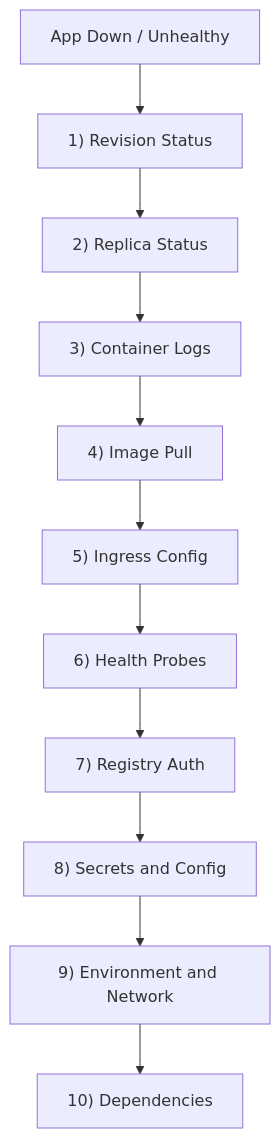
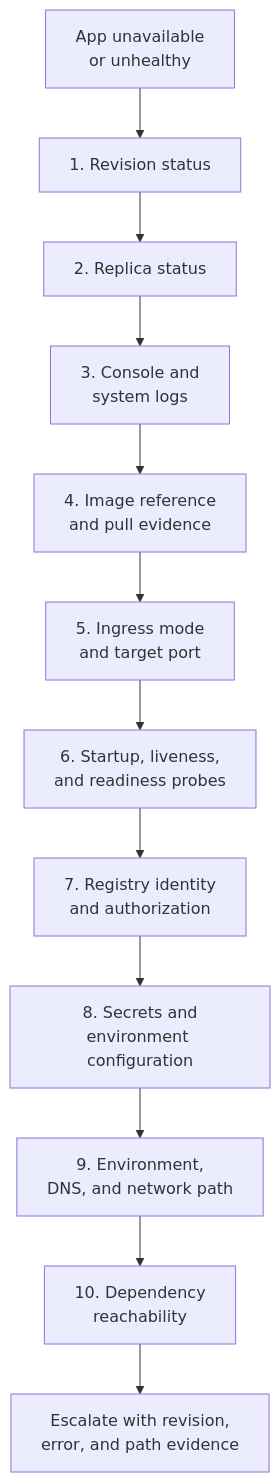
Before and after one commit to yeongseon/azure-container-apps-practical-guide: the diagram in docs/troubleshooting/first-10-minutes/index.md, drawn with Mermaid. The commit also changed other lines of this file and 25 other files, not shown here.

Commit message:
docs(diagrams): migrate first ten minutes and KQL diagrams (#623)

````diff
--- a/docs/troubleshooting/first-10-minutes/index.md
+++ b/docs/troubleshooting/first-10-minutes/index.md
@@ -15,13 +16,30 @@
 ```mermaid
 flowchart TD
-    START["App Down / Unhealthy"] --> R["1) Revision Status"]
-    R --> REP["2) Replica Status"]
-    REP --> LOG["3) Container Logs"]
-    LOG --> IMG["4) Image Pull"]
-    IMG --> ING["5) Ingress Config"]
-    ING --> PROBE["6) Health Probes"]
-    PROBE --> REGAUTH["7) Registry Auth"]
-    REGAUTH --> SEC["8) Secrets and Config"]
-    SEC --> NET["9) Environment and Network"]
-    NET --> DEP["10) Dependencies"]
+    accTitle: First ten minutes of Container Apps triage
+    accDescr: Start with platform state, then inspect runtime evidence, configuration, identity, networking, and dependencies in order. Stop at the first confirmed failure.
+
+    START["App unavailable<br/>or unhealthy"]
+    R["1. Revision status"]
+    REP["2. Replica status"]
+    LOG["3. Console and<br/>system logs"]
+    IMG["4. Image reference<br/>and pull evidence"]
+    ING["5. Ingress mode<br/>and target port"]
+    PROBE["6. Startup, liveness,<br/>and readiness probes"]
+    REGAUTH["7. Registry identity<br/>and authorization"]
+    SEC["8. Secrets and<br/>environment configuration"]
+    NET["9. Environment,<br/>DNS, and network path"]
+    DEP["10. Dependency<br/>reachability"]
+    ESCALATE["Escalate with revision,<br/>error, and path evidence"]
+
+    START --> R
+    R --> REP
+    REP --> LOG
+    LOG --> IMG
+    IMG --> ING
+    ING --> PROBE
+    PROBE --> REGAUTH
+    REGAUTH --> SEC
+    SEC --> NET
+    NET --> DEP
+    DEP --> ESCALATE
 ```
````
